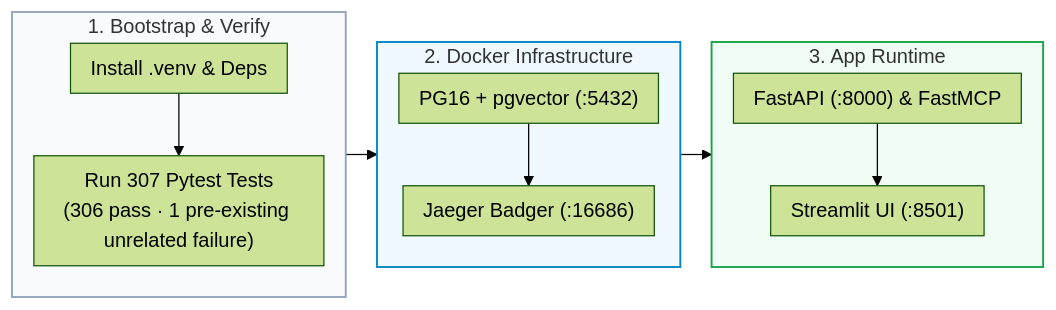
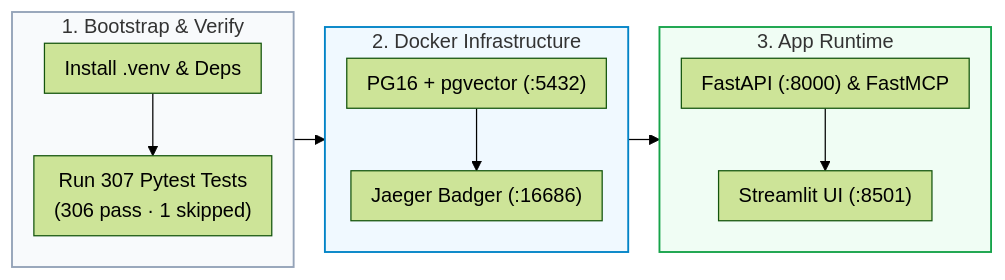
The third of 9 diagrams in README.md (Kenono2000/enterprise-rag-pgvector-rbac), drawn with Mermaid (forest theme) before and after one commit. The commit also changed other lines of this file and 3 other files, not shown here.

````diff
--- a/README.md
+++ b/README.md
@@ -89,20 +89,20 @@
 ```mermaid
 %%{init: {'flowchart': {'nodeSpacing': 15, 'rankSpacing': 25, 'padding': 8}}}%%
 flowchart LR
     subgraph DevBootstrap ["1. Bootstrap & Verify"]
         direction TB
-        Venv["Install .venv & Deps"] --> Pytest["Run 307 Pytest Tests<br/>(306 pass · 1 pre-existing unrelated failure)"]
+        Venv["Install .venv & Deps"] --> Pytest["Run 307 Pytest Tests<br/>(306 pass · 1 skipped)"]
     end
     subgraph Containers ["2. Docker Infrastructure"]
         direction TB
         PG16["PG16 + pgvector (:5432)"] --> Jaeger["Jaeger Badger (:16686)"]
     end
     subgraph Services ["3. App Runtime"]
         direction TB
         FastAPI["FastAPI (:8000) & FastMCP"] --> Streamlit["Streamlit UI (:8501)"]
     end
     DevBootstrap --> Containers --> Services
     style DevBootstrap fill:#f8fafc,stroke:#94a3b8,stroke-width:1.5px
     style Containers fill:#f0f9ff,stroke:#0284c7,stroke-width:1.5px
     style Services fill:#f0fdf4,stroke:#16a34a,stroke-width:1.5px
 ```
````
